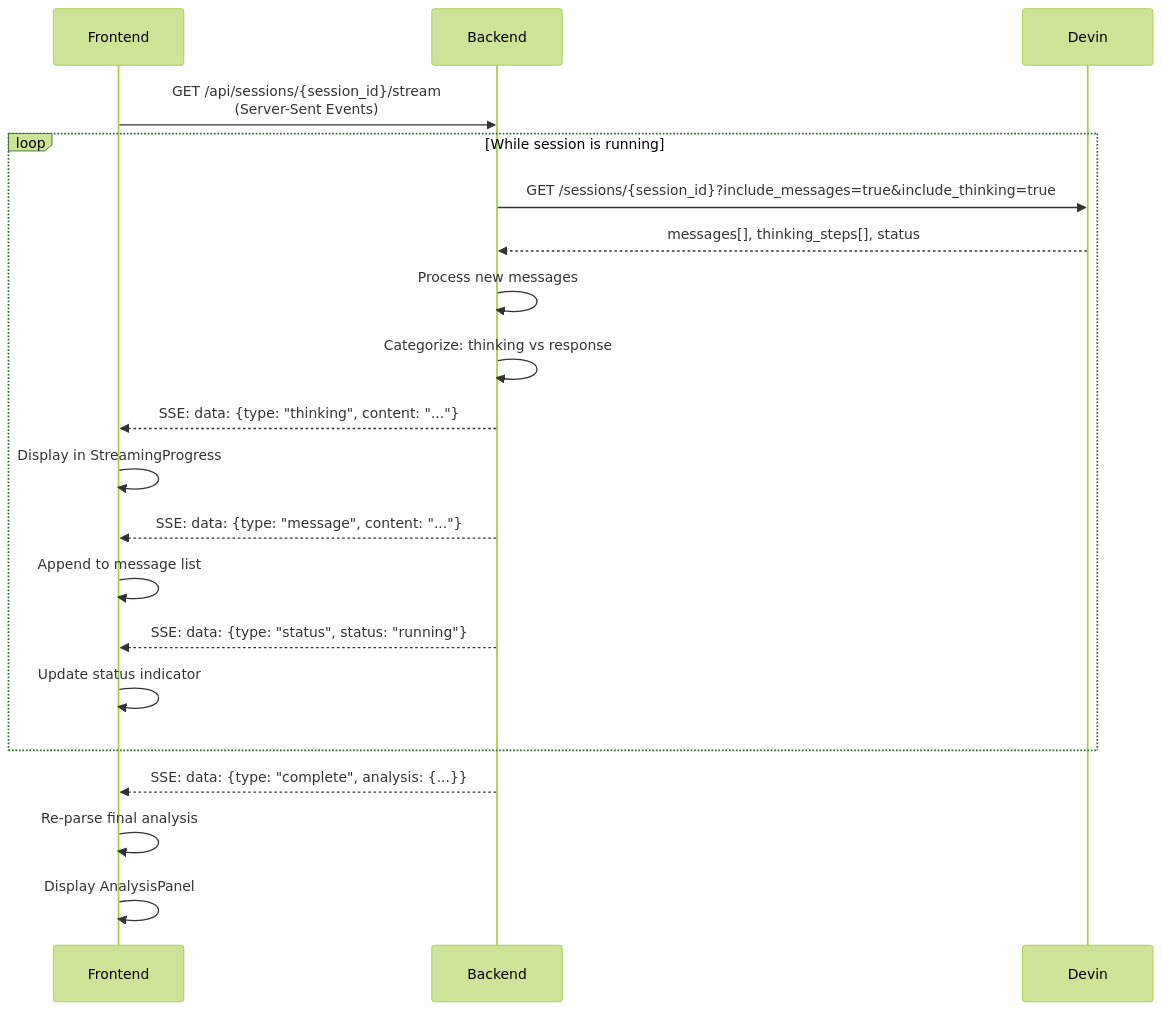
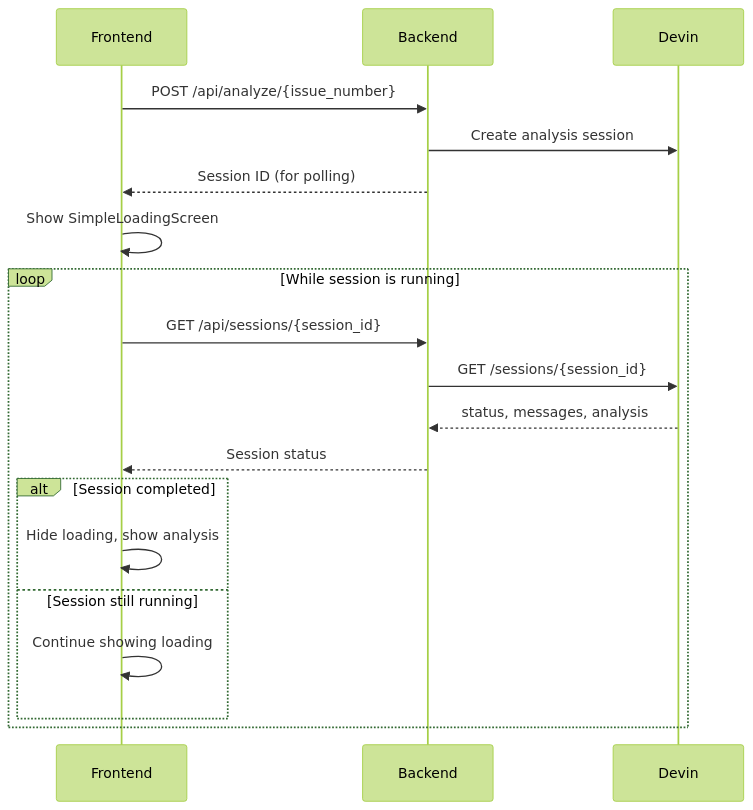
The sixth of 7 diagrams in README.md (haider-toha/devin-take-home), drawn with Mermaid (forest theme) before and after one commit. The commit also changed other lines of this file and 6 other files, not shown here.

````diff
--- a/README.md
+++ b/README.md
@@ -186,29 +185,24 @@
 ```mermaid
 sequenceDiagram
     participant Frontend
     participant Backend
     participant Devin
 
-    Frontend->>Backend: GET /api/sessions/{session_id}/stream<br/>(Server-Sent Events)
+    Frontend->>Backend: POST /api/analyze/{issue_number}
+    Backend->>Devin: Create analysis session
+    Backend-->>Frontend: Session ID (for polling)
+    Frontend->>Frontend: Show SimpleLoadingScreen
 
     loop While session is running
-        Backend->>Devin: GET /sessions/{session_id}?include_messages=true&include_thinking=true
-        Devin-->>Backend: messages[], thinking_steps[], status
+        Frontend->>Backend: GET /api/sessions/{session_id}
+        Backend->>Devin: GET /sessions/{session_id}
+        Devin-->>Backend: status, messages, analysis
+        Backend-->>Frontend: Session status
 
-        Backend->>Backend: Process new messages
-        Backend->>Backend: Categorize: thinking vs response
-
-        Backend-->>Frontend: SSE: data: {type: "thinking", content: "..."}
-        Frontend->>Frontend: Display in StreamingProgress
-
-        Backend-->>Frontend: SSE: data: {type: "message", content: "..."}
-        Frontend->>Frontend: Append to message list
-
-        Backend-->>Frontend: SSE: data: {type: "status", status: "running"}
-        Frontend->>Frontend: Update status indicator
+        alt Session completed
+            Frontend->>Frontend: Hide loading, show analysis
+        else Session still running
+            Frontend->>Frontend: Continue showing loading
+        end
     end
-
-    Backend-->>Frontend: SSE: data: {type: "complete", analysis: {...}}
-    Frontend->>Frontend: Re-parse final analysis
-    Frontend->>Frontend: Display AnalysisPanel
 ```
````
